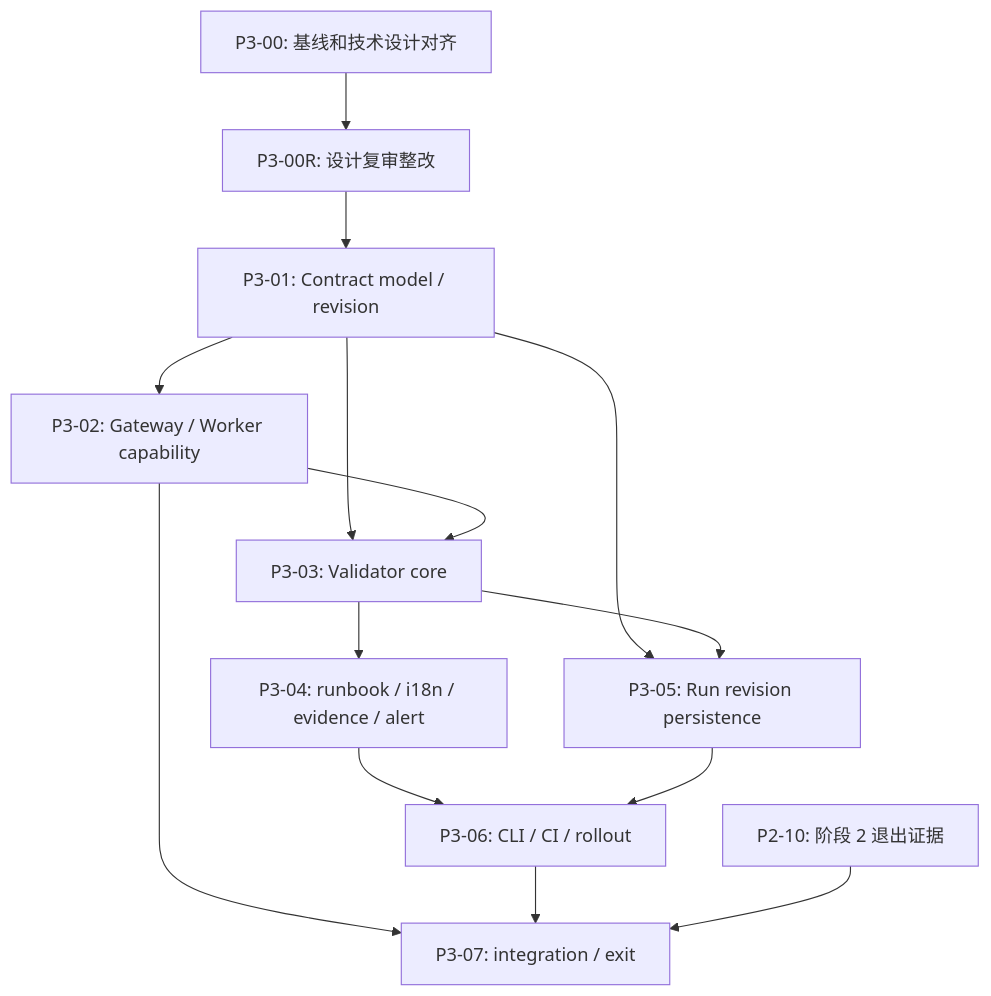
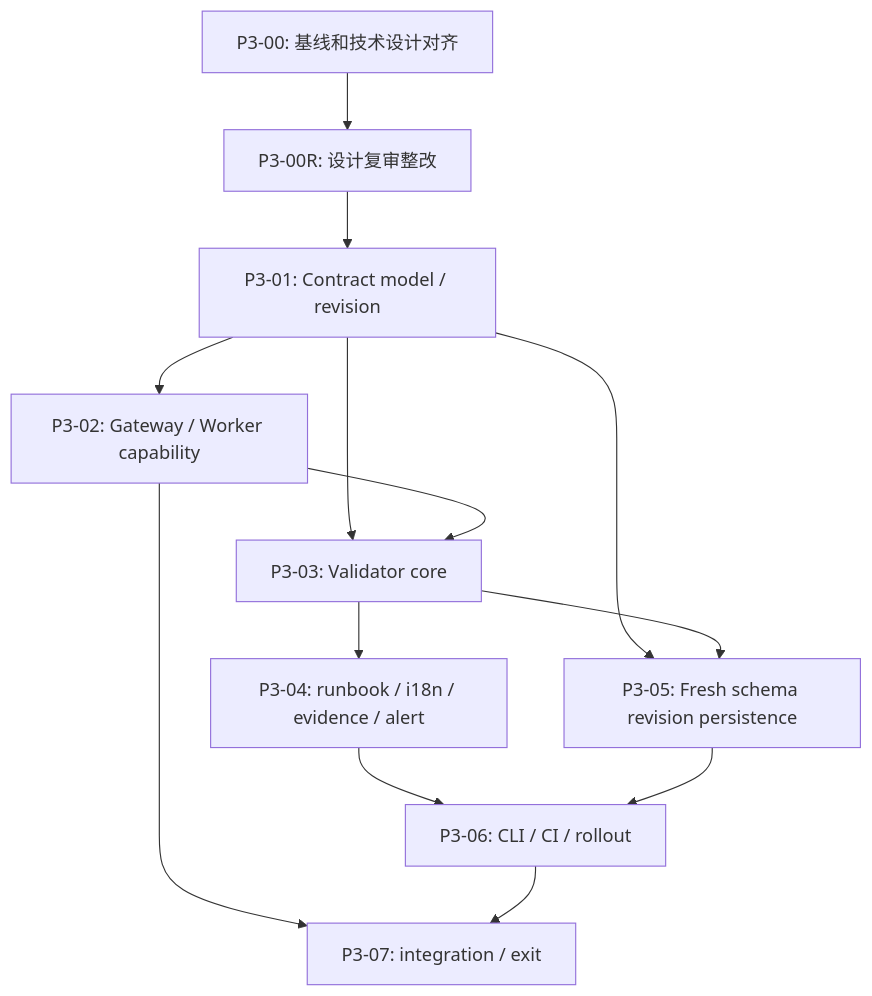
Before and after one commit to asatasinon/mall-chaos: the diagram in docs/castrel-evolution/implementation/batch-3-scenario-contract/task-list.md, drawn with Mermaid. The commit also changed other lines of this file and 5 other files, not shown here.

Commit message:
Feature #Castrel-001 Castrel Chaos 后续 roadmap - P3 - 开发

````diff
--- a/docs/castrel-evolution/implementation/batch-3-scenario-contract/task-list.md
+++ b/docs/castrel-evolution/implementation/batch-3-scenario-contract/task-list.md
@@ -87,16 +100,15 @@
 ```mermaid
 graph TD
     P300[P3-00: 基线和技术设计对齐] --> P300R[P3-00R: 设计复审整改]
     P300R --> P301[P3-01: Contract model / revision]
     P301 --> P302[P3-02: Gateway / Worker capability]
     P301 --> P303[P3-03: Validator core]
     P302 --> P303
     P303 --> P304[P3-04: runbook / i18n / evidence / alert]
-    P301 --> P305[P3-05: Run revision persistence]
+    P301 --> P305[P3-05: Fresh schema revision persistence]
     P303 --> P305
     P304 --> P306[P3-06: CLI / CI / rollout]
     P305 --> P306
     P302 --> P307[P3-07: integration / exit]
     P306 --> P307
-    P210[P2-10: 阶段 2 退出证据] --> P307
 ```
````
